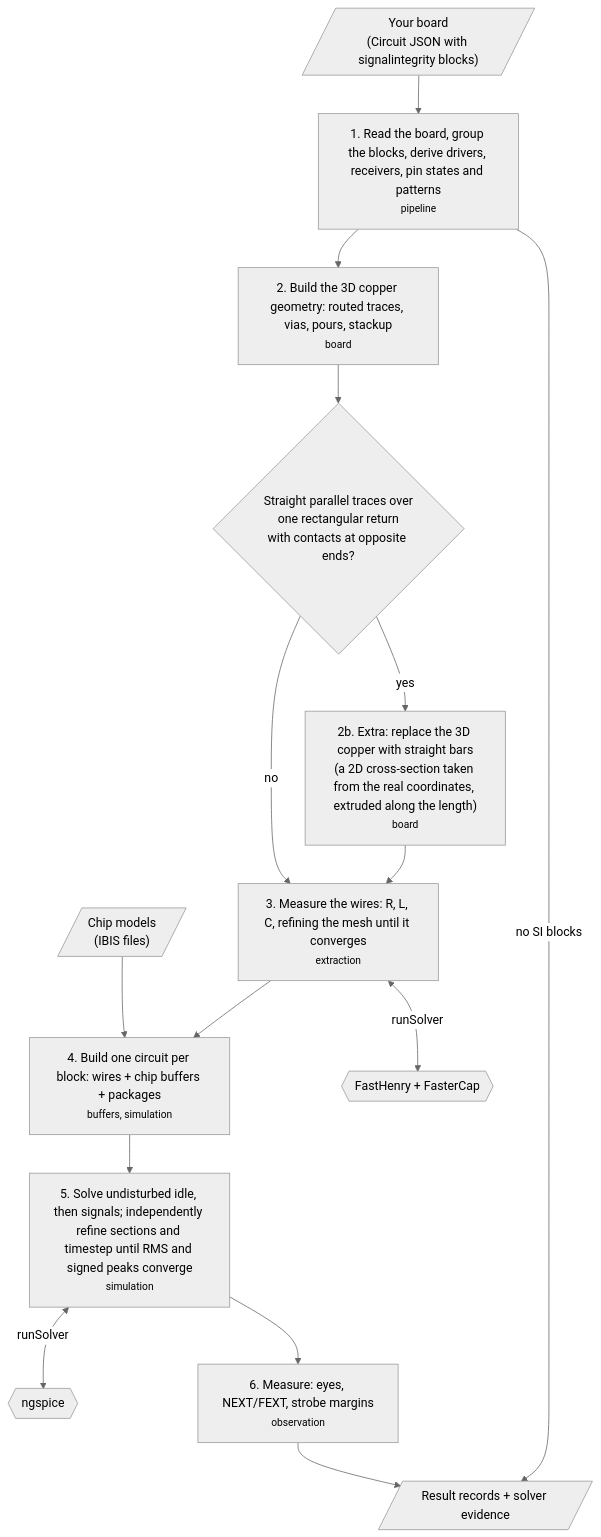
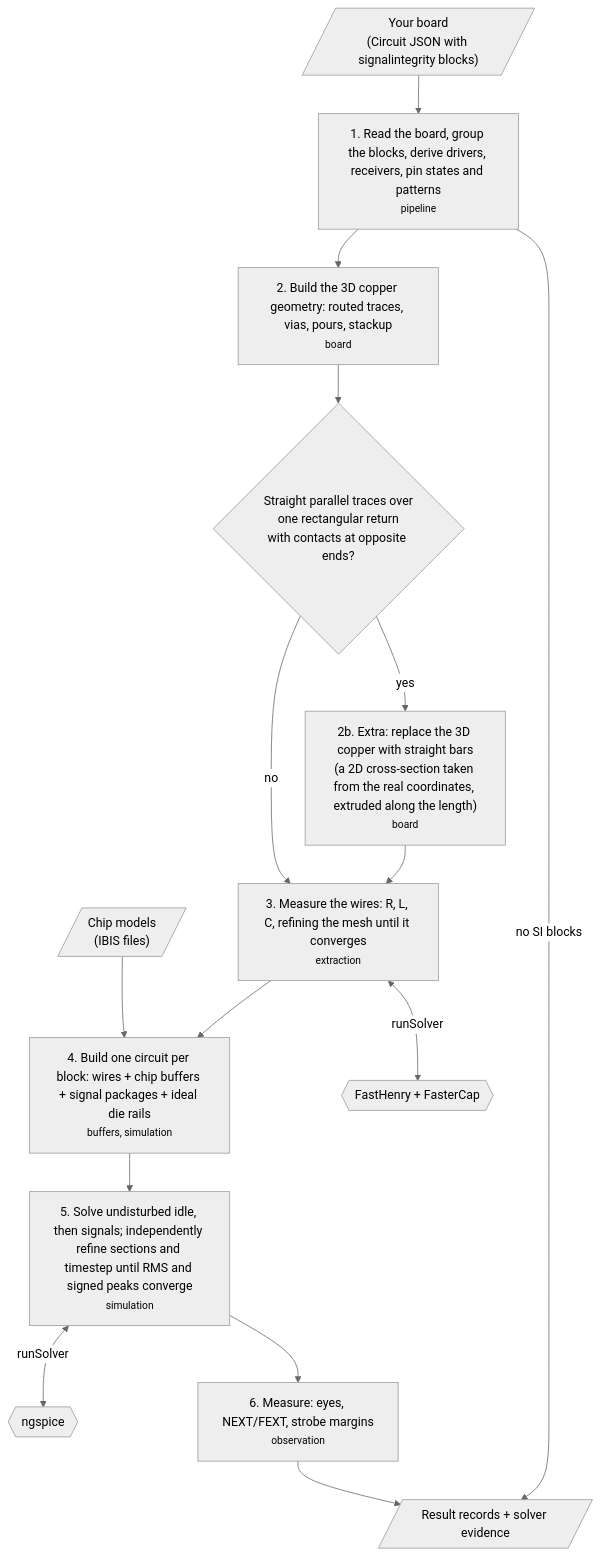
Before and after one commit to tscircuit/pcb-spice-pipeline: the first of 2 diagrams in README.md, drawn with Mermaid (neutral theme). The commit also changed other lines of this file and 5 other files, not shown here.

First line of the commit message:
test: record converged native ideal-rail signal levels

````diff
--- a/README.md
+++ b/README.md
@@ -53,17 +55,17 @@
 ```mermaid
 flowchart TD
   board[/"Your board<br/>(Circuit JSON with signalintegrity blocks)"/] --> s1["1. Read the board, group the blocks, derive drivers, receivers, pin states and patterns<br/><small>pipeline</small>"]
   chips[/"Chip models<br/>(IBIS files)"/] --> s4
   s1 --> s2["2. Build the 3D copper geometry: routed traces, vias, pours, stackup<br/><small>board</small>"]
   s2 --> q{"Straight parallel traces over<br/>one rectangular return<br/>with contacts at opposite ends?"}
   q -->|"yes"| s2b["2b. Extra: replace the 3D copper with straight bars<br/>(a 2D cross-section taken from the real coordinates, extruded along the length)<br/><small>board</small>"]
   q -->|"no"| s3
   s2b --> s3["3. Measure the wires: R, L, C, refining the mesh until it converges<br/><small>extraction</small>"]
   s3 <-->|"runSolver"| fs{{"FastHenry + FasterCap"}}
-  s3 --> s4["4. Build one circuit per block: wires + chip buffers + packages<br/><small>buffers, simulation</small>"]
+  s3 --> s4["4. Build one circuit per block: wires + chip buffers + signal packages + ideal die rails<br/><small>buffers, simulation</small>"]
   s4 --> s5["5. Solve undisturbed idle, then signals; independently refine sections and timestep until RMS and signed peaks converge<br/><small>simulation</small>"]
   s5 <-->|"runSolver"| ng{{"ngspice"}}
   s5 --> s6["6. Measure: eyes, NEXT/FEXT, strobe margins<br/><small>observation</small>"]
   s6 --> out[/"Result records + solver evidence"/]
   s1 -->|"no SI blocks"| out
 ```
````
